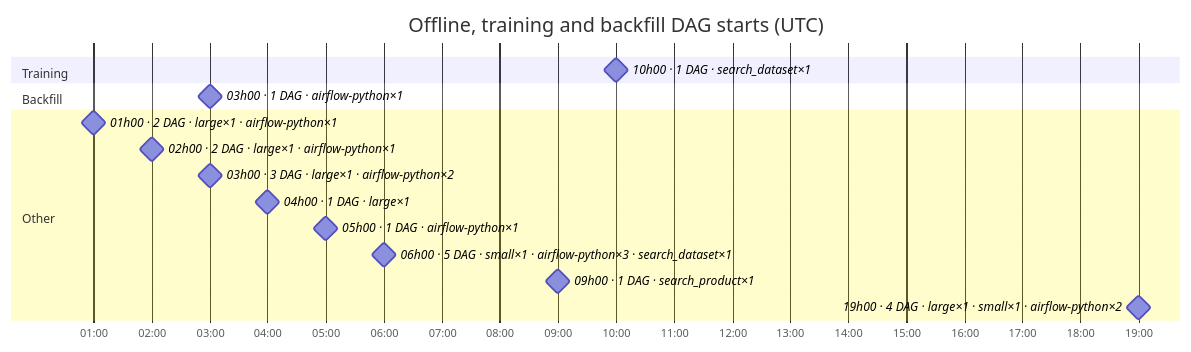
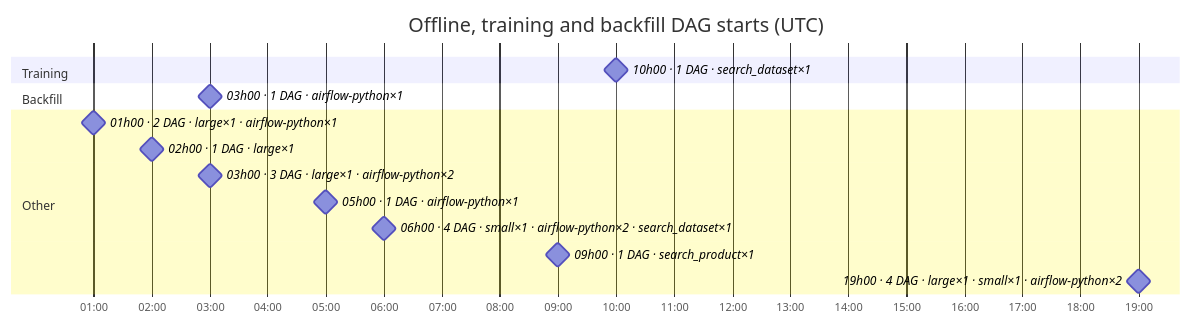
Before and after one commit to DayMarket/ml-feature-platform: the sixth of 7 diagrams in docs/feature_platform_map.md, drawn with Mermaid. The commit also changed other lines of this file and 19 other files, not shown here.

````diff
--- a/docs/feature_platform_map.md
+++ b/docs/feature_platform_map.md
@@ -264,20 +273,19 @@
 ```mermaid
 gantt
     title Offline, training and backfill DAG starts (UTC)
     dateFormat HH:mm
     axisFormat %H:%M
     tickInterval 1hour
     section Training
     10h00 · 1 DAG · search_dataset×1 :milestone, s0_0600, 10:00, 0m
     section Backfill
     03h00 · 1 DAG · airflow-python×1 :milestone, s1_0180, 03:00, 0m
     section Other
     01h00 · 2 DAG · large×1 · airflow-python×1 :milestone, s2_0060, 01:00, 0m
-    02h00 · 2 DAG · large×1 · airflow-python×1 :milestone, s2_0120, 02:00, 0m
+    02h00 · 1 DAG · large×1 :milestone, s2_0120, 02:00, 0m
     03h00 · 3 DAG · large×1 · airflow-python×2 :milestone, s2_0180, 03:00, 0m
-    04h00 · 1 DAG · large×1 :milestone, s2_0240, 04:00, 0m
     05h00 · 1 DAG · airflow-python×1 :milestone, s2_0300, 05:00, 0m
-    06h00 · 5 DAG · small×1 · airflow-python×3 · search_dataset×1 :milestone, s2_0360, 06:00, 0m
+    06h00 · 4 DAG · small×1 · airflow-python×2 · search_dataset×1 :milestone, s2_0360, 06:00, 0m
     09h00 · 1 DAG · search_product×1 :milestone, s2_0540, 09:00, 0m
     19h00 · 4 DAG · large×1 · small×1 · airflow-python×2 :milestone, s2_1140, 19:00, 0m
 ```
````
